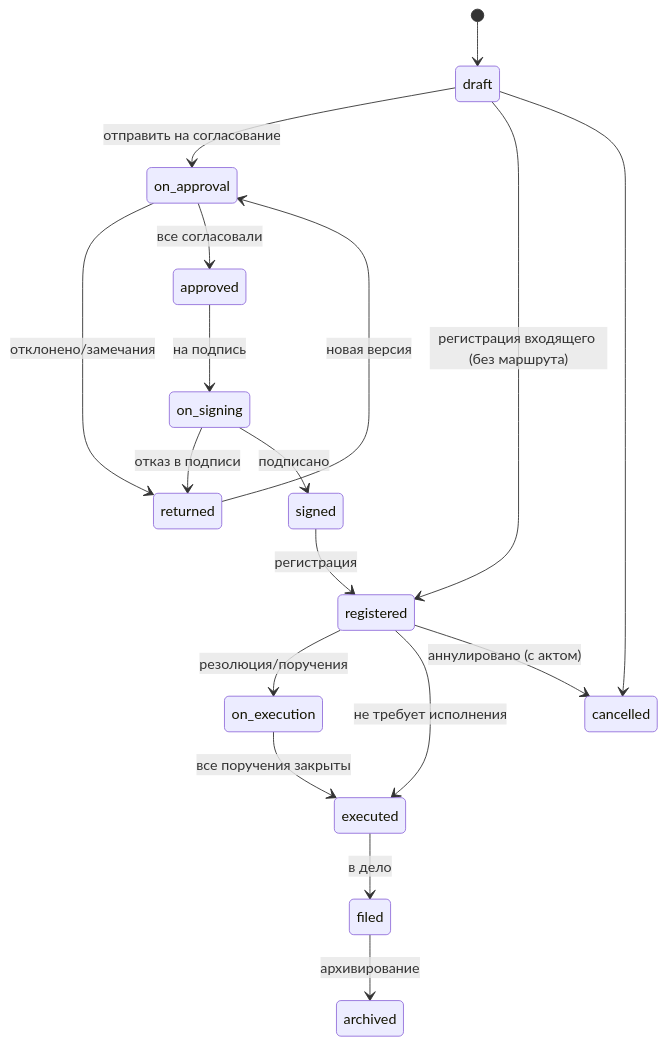
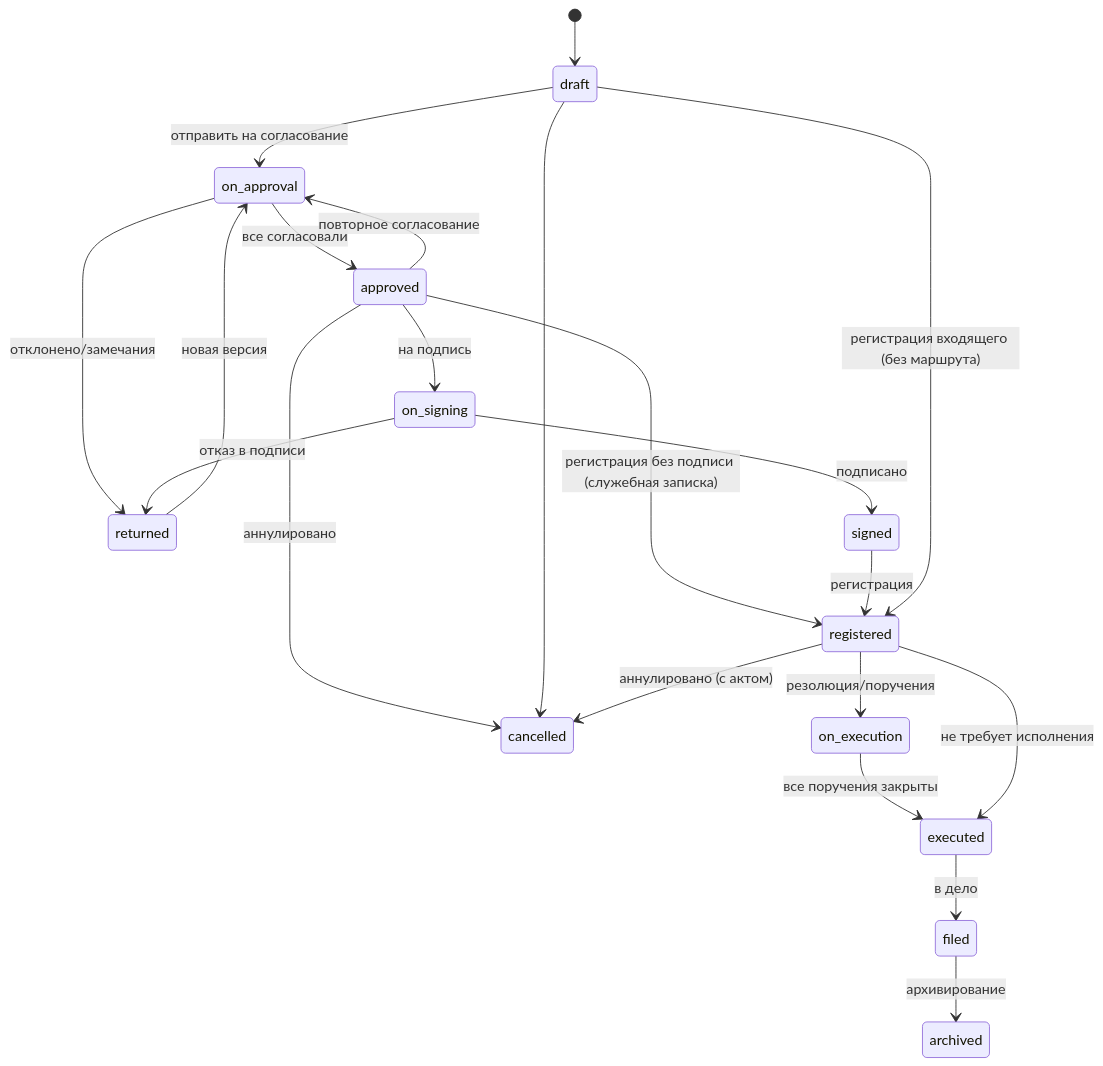
The diagram in docs/02-architecture/08-documents.md (aminjon1065/kchs), drawn with Mermaid before and after one commit. The commit also changed other lines of this file and 7 other files, not shown here.

````diff
--- a/docs/02-architecture/08-documents.md
+++ b/docs/02-architecture/08-documents.md
@@ -17,20 +17,23 @@
 ```mermaid
 stateDiagram-v2
   [*] --> draft
   draft --> on_approval : отправить на согласование
   on_approval --> returned : отклонено/замечания
   returned --> on_approval : новая версия
   on_approval --> approved : все согласовали
   approved --> on_signing : на подпись
+  approved --> on_approval : повторное согласование
+  approved --> registered : регистрация без подписи (служебная записка)
+  approved --> cancelled : аннулировано
   on_signing --> returned : отказ в подписи
   on_signing --> signed : подписано
   signed --> registered : регистрация
   draft --> registered : регистрация входящего (без маршрута)
   registered --> on_execution : резолюция/поручения
   on_execution --> executed : все поручения закрыты
   registered --> executed : не требует исполнения
   executed --> filed : в дело
   filed --> archived : архивирование
   draft --> cancelled
   registered --> cancelled : аннулировано (с актом)
 ```
````
